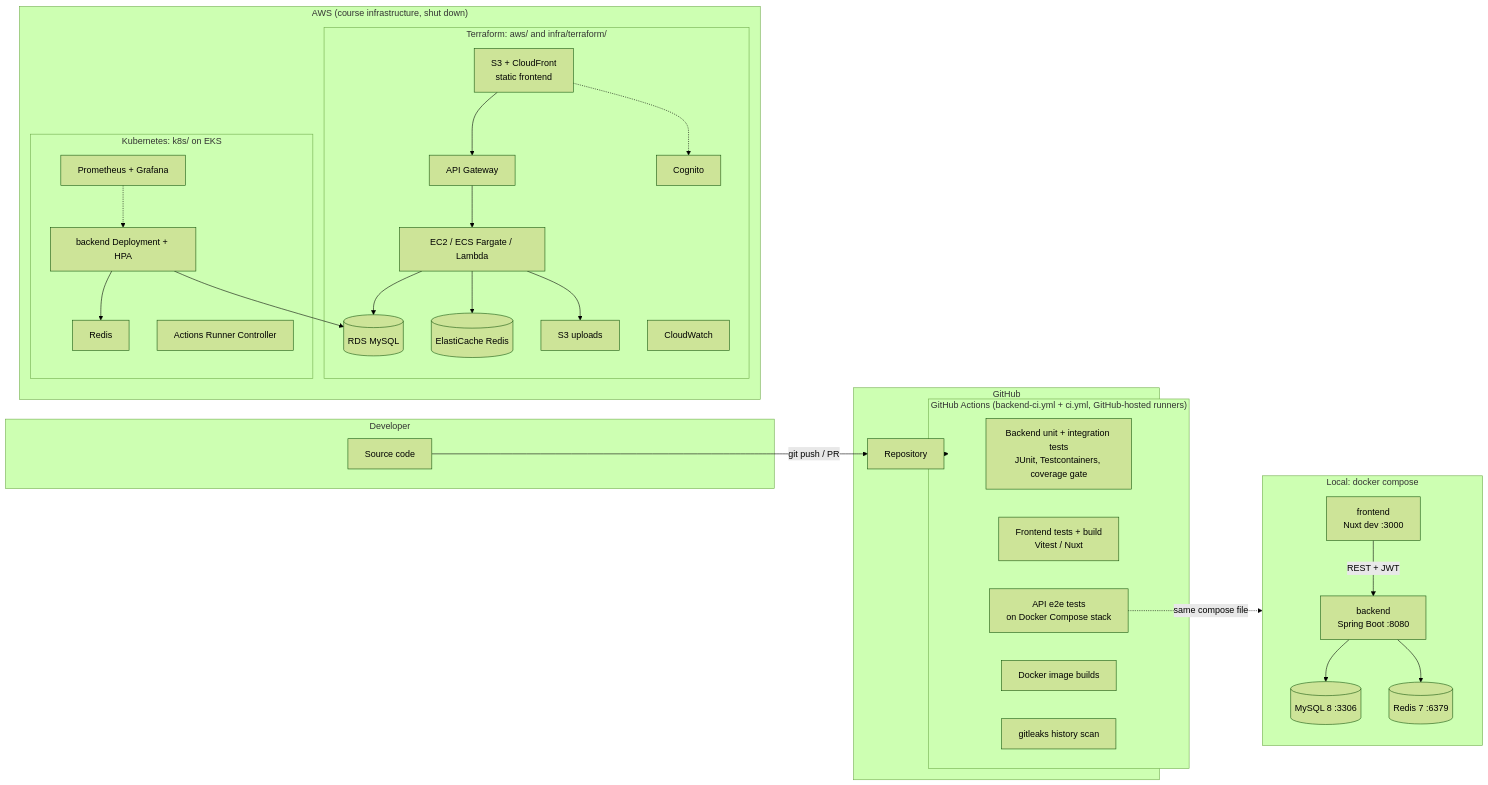
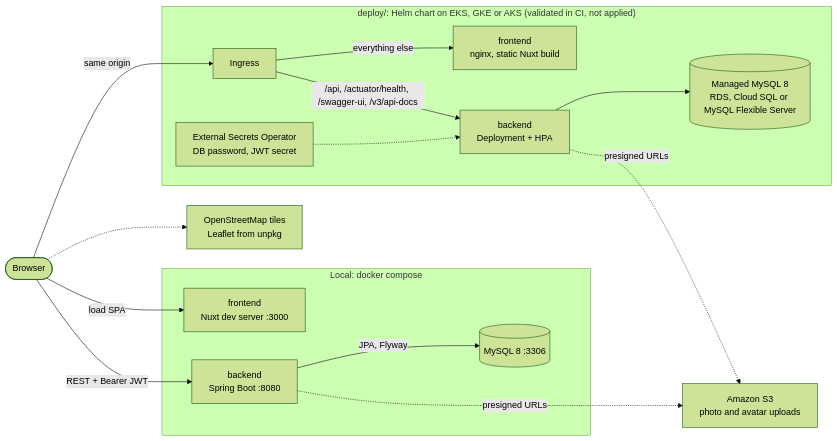
Before and after one commit to Putinun-te/mm-events: the diagram in README.md, drawn with Mermaid (forest theme). The commit also changed other lines of this file, not shown here.

````diff
--- a/README.md
+++ b/README.md
@@ -162,58 +37,32 @@
 ```mermaid
 flowchart LR
-  subgraph Dev["Developer"]
-    code["Source code"]
+  user(["Browser"])
+  osm["OpenStreetMap tiles<br/>Leaflet from unpkg"]
+  s3["Amazon S3<br/>photo and avatar uploads"]
+
+  subgraph compose["Local: docker compose"]
+    fe1["frontend<br/>Nuxt dev server :3000"]
+    be1["backend<br/>Spring Boot :8080"]
+    db1[("MySQL 8 :3306")]
+    be1 -->|"JPA, Flyway"| db1
   end
 
-  subgraph GH["GitHub"]
-    repo["Repository"]
-    subgraph CI["GitHub Actions (backend-ci.yml + ci.yml, GitHub-hosted runners)"]
-      be_test["Backend unit + integration tests<br/>JUnit, Testcontainers, coverage gate"]
-      fe_test["Frontend tests + build<br/>Vitest / Nuxt"]
-      e2e["API e2e tests<br/>on Docker Compose stack"]
-      img["Docker image builds"]
-      leaks["gitleaks history scan"]
-    end
+  subgraph k8s["deploy/: Helm chart on EKS, GKE or AKS (validated in CI, not applied)"]
+    ing["Ingress"]
+    fe2["frontend<br/>nginx, static Nuxt build"]
+    be2["backend<br/>Deployment + HPA"]
+    db2[("Managed MySQL 8<br/>RDS, Cloud SQL or MySQL Flexible Server")]
+    es["External Secrets Operator<br/>DB password, JWT secret"]
+    ing -->|"everything else"| fe2
+    ing -->|"/api, /actuator/health, /swagger-ui, /v3/api-docs"| be2
+    be2 --> db2
+    es -.-> be2
   end
 
-  subgraph Local["Local: docker compose"]
-    fe["frontend<br/>Nuxt dev :3000"]
-    be["backend<br/>Spring Boot :8080"]
-    db[("MySQL 8 :3306")]
-    cache[("Redis 7 :6379")]
-    fe -->|REST + JWT| be
-    be --> db
-    be --> cache
-  end
-
-  subgraph AWS["AWS (course infrastructure, shut down)"]
-    subgraph TF["Terraform: aws/ and infra/terraform/"]
-      cdn["S3 + CloudFront<br/>static frontend"]
-      apigw["API Gateway"]
-      compute["EC2 / ECS Fargate / Lambda"]
-      rds[("RDS MySQL")]
-      redis[("ElastiCache Redis")]
-      cognito["Cognito"]
-      s3img["S3 uploads"]
-      cw["CloudWatch"]
-    end
-    subgraph K8S["Kubernetes: k8s/ on EKS"]
-      dep["backend Deployment + HPA"]
-      kredis["Redis"]
-      mon["Prometheus + Grafana"]
-      arc["Actions Runner Controller"]
-    end
-  end
-
-  code -->|git push / PR| repo
-  repo --> CI
-  e2e -.->|same compose file| Local
-  cdn --> apigw --> compute
-  compute --> rds
-  compute --> redis
-  compute --> s3img
-  cdn -.-> cognito
-  dep --> rds
-  dep --> kredis
-  mon -.-> dep
+  user -->|"load SPA"| fe1
+  user -->|"REST + Bearer JWT"| be1
+  user -->|"same origin"| ing
+  user -.-> osm
+  be1 -.->|"presigned URLs"| s3
+  be2 -.->|"presigned URLs"| s3
 ```
````
